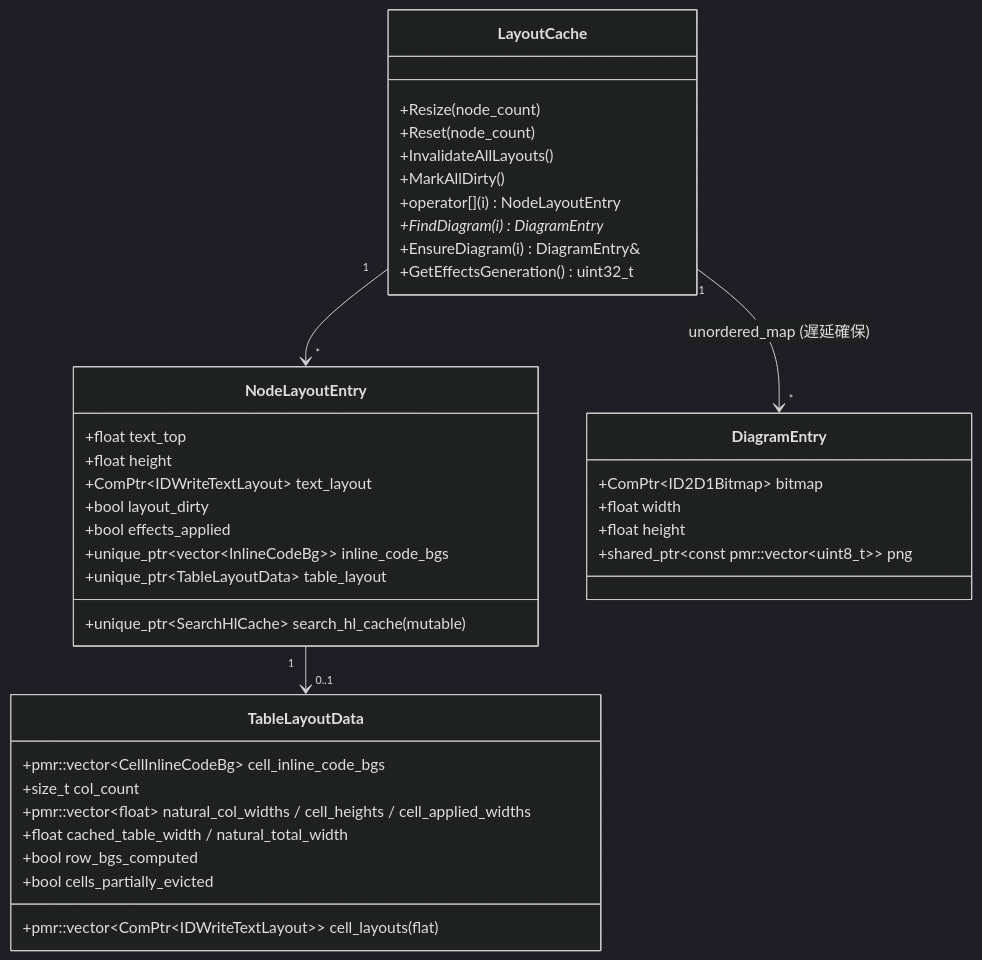
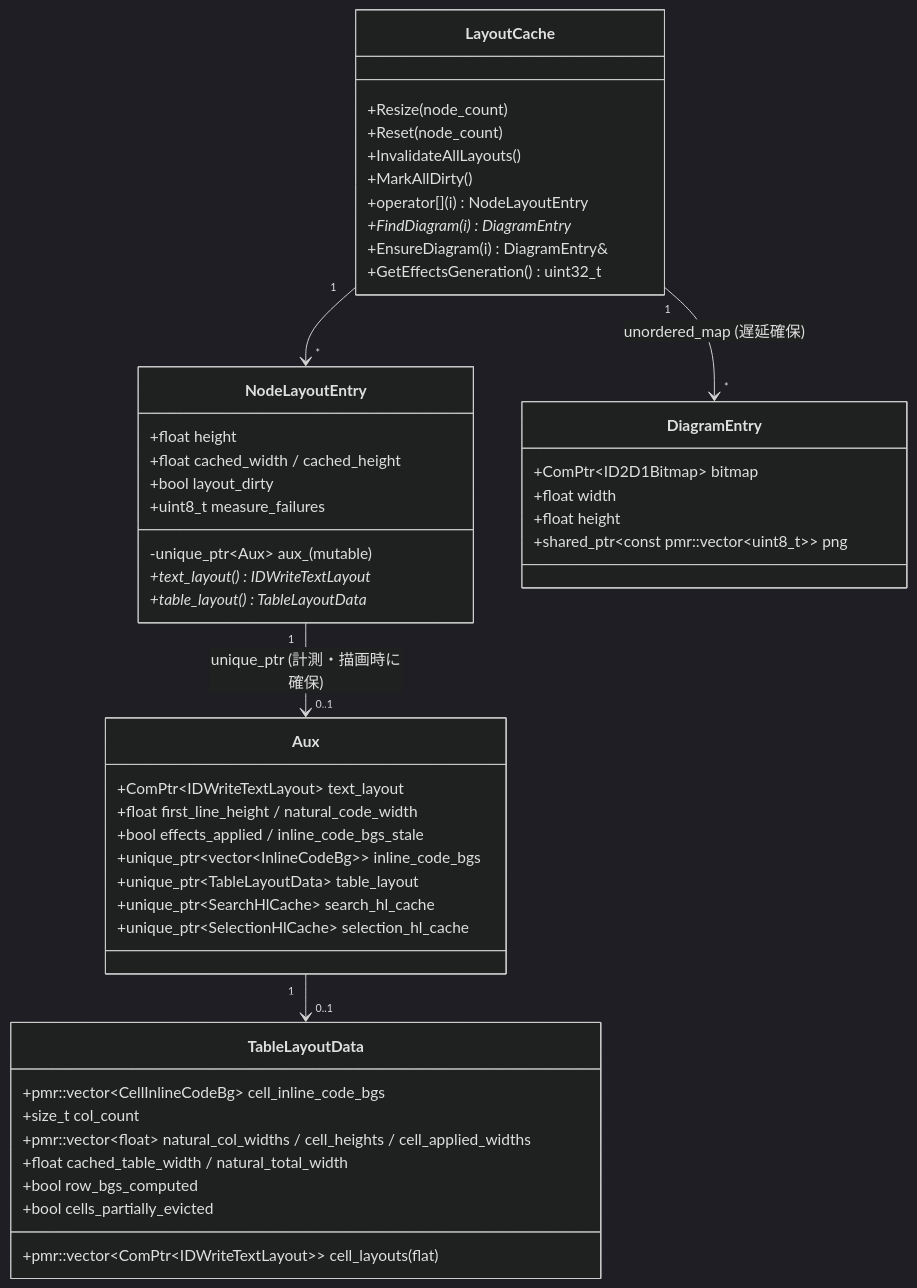
Before and after one commit to tanaton/mendo: diagram 16 of 27 in example/test.md, drawn with Mermaid (dark theme). The commit also changed other lines of this file and 24 other files, not shown here.

````diff
--- a/example/test.md
+++ b/example/test.md
@@ -2723,45 +2723,55 @@
 ```mermaid
 classDiagram
     class LayoutCache {
         +Resize(node_count)
         +Reset(node_count)
         +InvalidateAllLayouts()
         +MarkAllDirty()
         +operator[](i) NodeLayoutEntry
         +FindDiagram(i) DiagramEntry*
         +EnsureDiagram(i) DiagramEntry&
         +GetEffectsGeneration() uint32_t
     }
 
     class NodeLayoutEntry {
-        +float text_top
         +float height
+        +float cached_width / cached_height
+        +bool layout_dirty
+        +uint8_t measure_failures
+        -unique_ptr~Aux~ aux_ (mutable)
+        +text_layout() IDWriteTextLayout*
+        +table_layout() TableLayoutData*
+    }
+
+    class Aux {
         +ComPtr~IDWriteTextLayout~ text_layout
-        +bool layout_dirty
-        +bool effects_applied
+        +float first_line_height / natural_code_width
+        +bool effects_applied / inline_code_bgs_stale
         +unique_ptr~vector~InlineCodeBg~~ inline_code_bgs
         +unique_ptr~TableLayoutData~ table_layout
-        +unique_ptr~SearchHlCache~ search_hl_cache (mutable)
+        +unique_ptr~SearchHlCache~ search_hl_cache
+        +unique_ptr~SelectionHlCache~ selection_hl_cache
     }
 
     class TableLayoutData {
         +pmr::vector~ComPtr~IDWriteTextLayout~~ cell_layouts (flat)
         +pmr::vector~CellInlineCodeBg~ cell_inline_code_bgs
         +size_t col_count
         +pmr::vector~float~ natural_col_widths / cell_heights / cell_applied_widths
         +float cached_table_width / natural_total_width
         +bool row_bgs_computed
         +bool cells_partially_evicted
     }
 
     class DiagramEntry {
         +ComPtr~ID2D1Bitmap~ bitmap
         +float width
         +float height
         +shared_ptr~const pmr::vector~uint8_t~~ png
     }
 
     LayoutCache "1" --> "*" NodeLayoutEntry
     LayoutCache "1" --> "*" DiagramEntry : unordered_map (遅延確保)
-    NodeLayoutEntry "1" --> "0..1" TableLayoutData
+    NodeLayoutEntry "1" --> "0..1" Aux : unique_ptr (計測・描画時に確保)
+    Aux "1" --> "0..1" TableLayoutData
 ```
````
